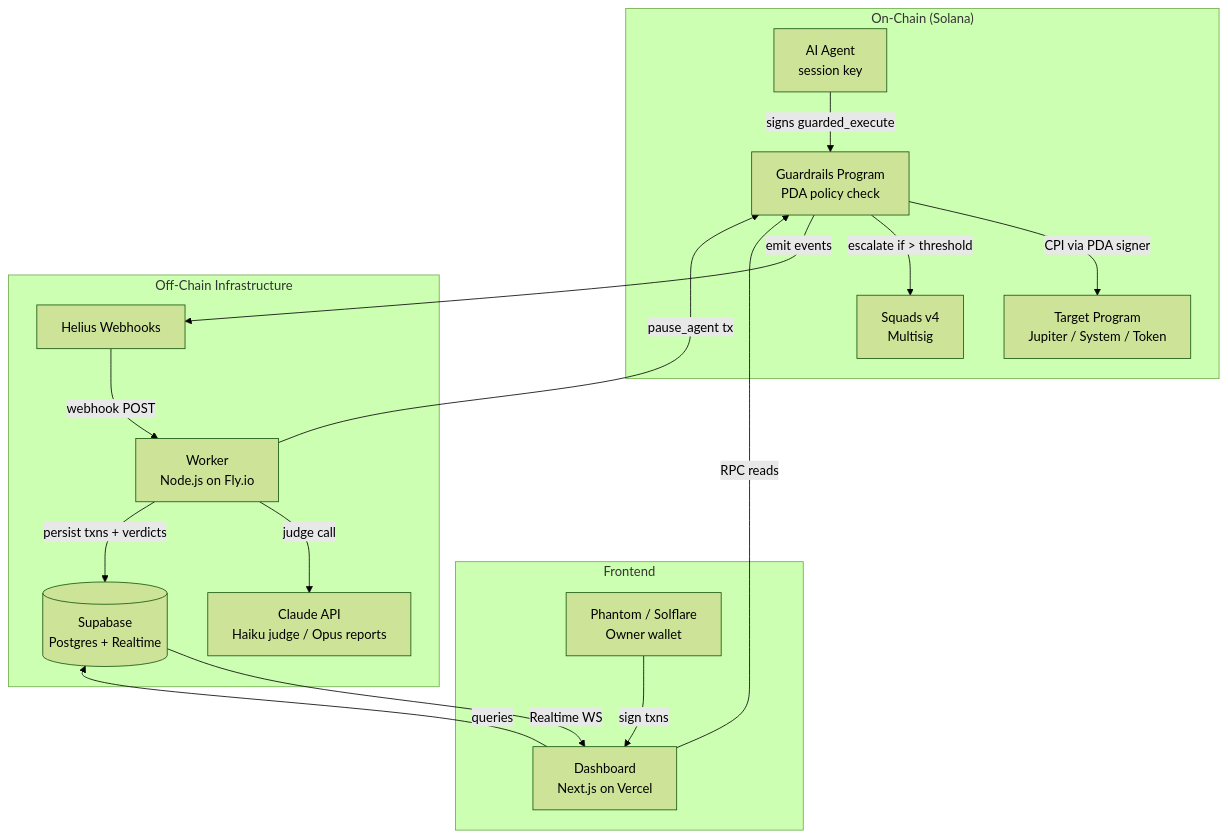
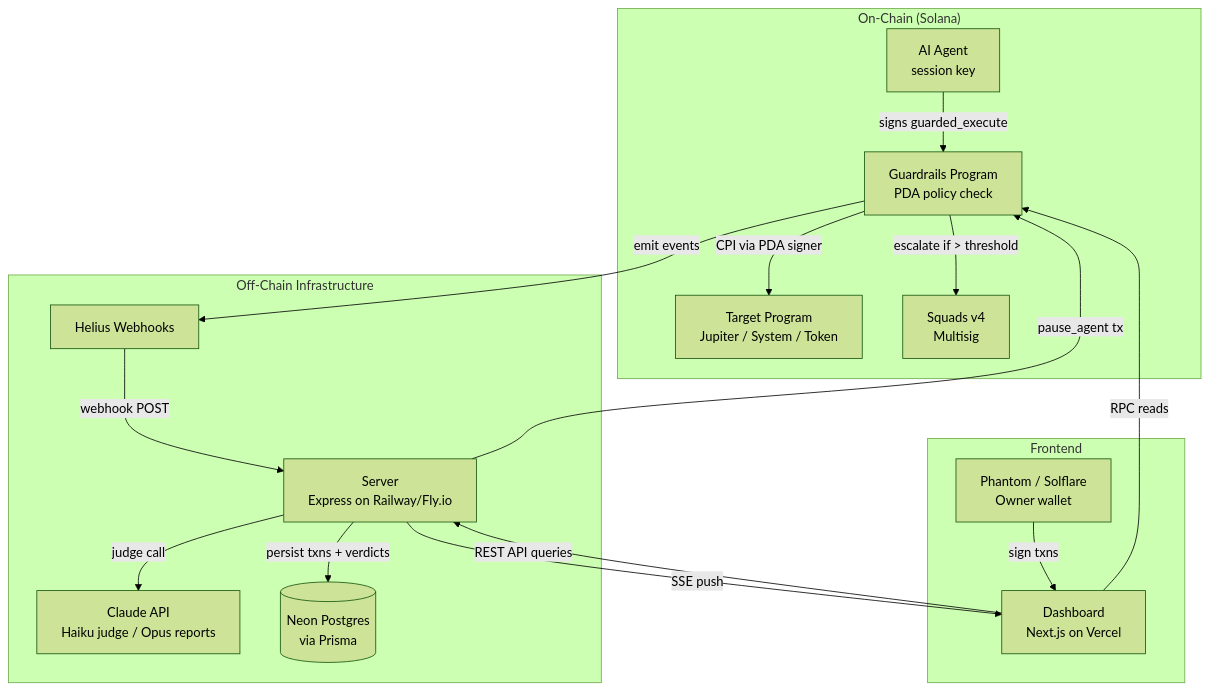
One commit to iamasx/agent-guardrails changed the diagram in README.md. Above: the diagram before and after it, drawn with Mermaid (forest theme). The commit also changed other lines of this file, not shown here.

First line of the commit message:
docs: update README for new architecture

````diff
--- a/README.md
+++ b/README.md
@@ -31,34 +31,34 @@
 ```mermaid
 graph TB
     subgraph "On-Chain (Solana)"
         Agent[AI Agent<br/>session key]
         GR[Guardrails Program<br/>PDA policy check]
         Target[Target Program<br/>Jupiter / System / Token]
         Squads[Squads v4<br/>Multisig]
     end
 
     subgraph "Off-Chain Infrastructure"
         Helius[Helius Webhooks]
-        Worker[Worker<br/>Node.js on Fly.io]
+        Server[Server<br/>Express on Railway/Fly.io]
         Claude[Claude API<br/>Haiku judge / Opus reports]
-        Supabase[(Supabase<br/>Postgres + Realtime)]
+        DB[(Neon Postgres<br/>via Prisma)]
     end
 
     subgraph "Frontend"
         Dashboard[Dashboard<br/>Next.js on Vercel]
         Wallet[Phantom / Solflare<br/>Owner wallet]
     end
 
     Agent -->|signs guarded_execute| GR
     GR -->|CPI via PDA signer| Target
     GR -->|escalate if > threshold| Squads
     GR -->|emit events| Helius
-    Helius -->|webhook POST| Worker
-    Worker -->|judge call| Claude
-    Worker -->|persist txns + verdicts| Supabase
-    Worker -->|pause_agent tx| GR
-    Supabase -->|Realtime WS| Dashboard
+    Helius -->|webhook POST| Server
+    Server -->|judge call| Claude
+    Server -->|persist txns + verdicts| DB
+    Server -->|pause_agent tx| GR
+    Server -->|SSE push| Dashboard
     Dashboard -->|RPC reads| GR
-    Dashboard -->|queries| Supabase
+    Dashboard -->|REST API queries| Server
     Wallet -->|sign txns| Dashboard
 ```
````
